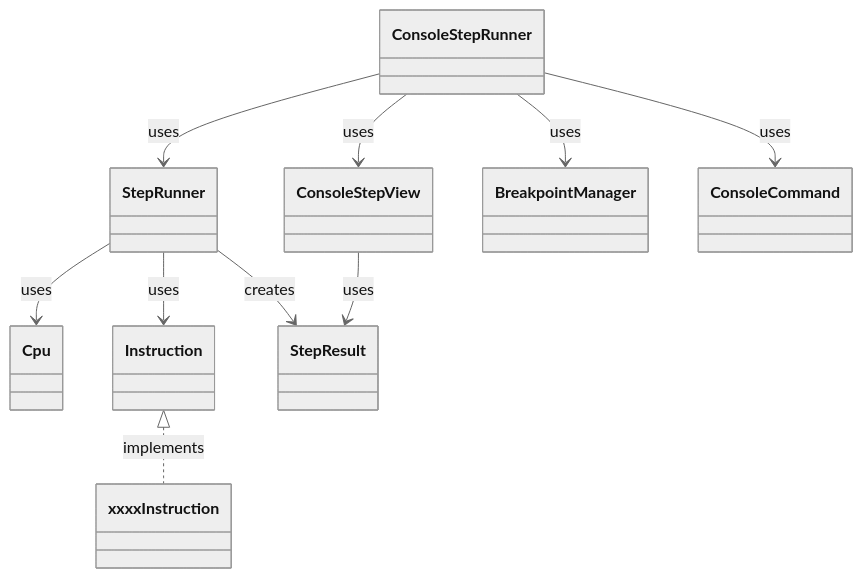
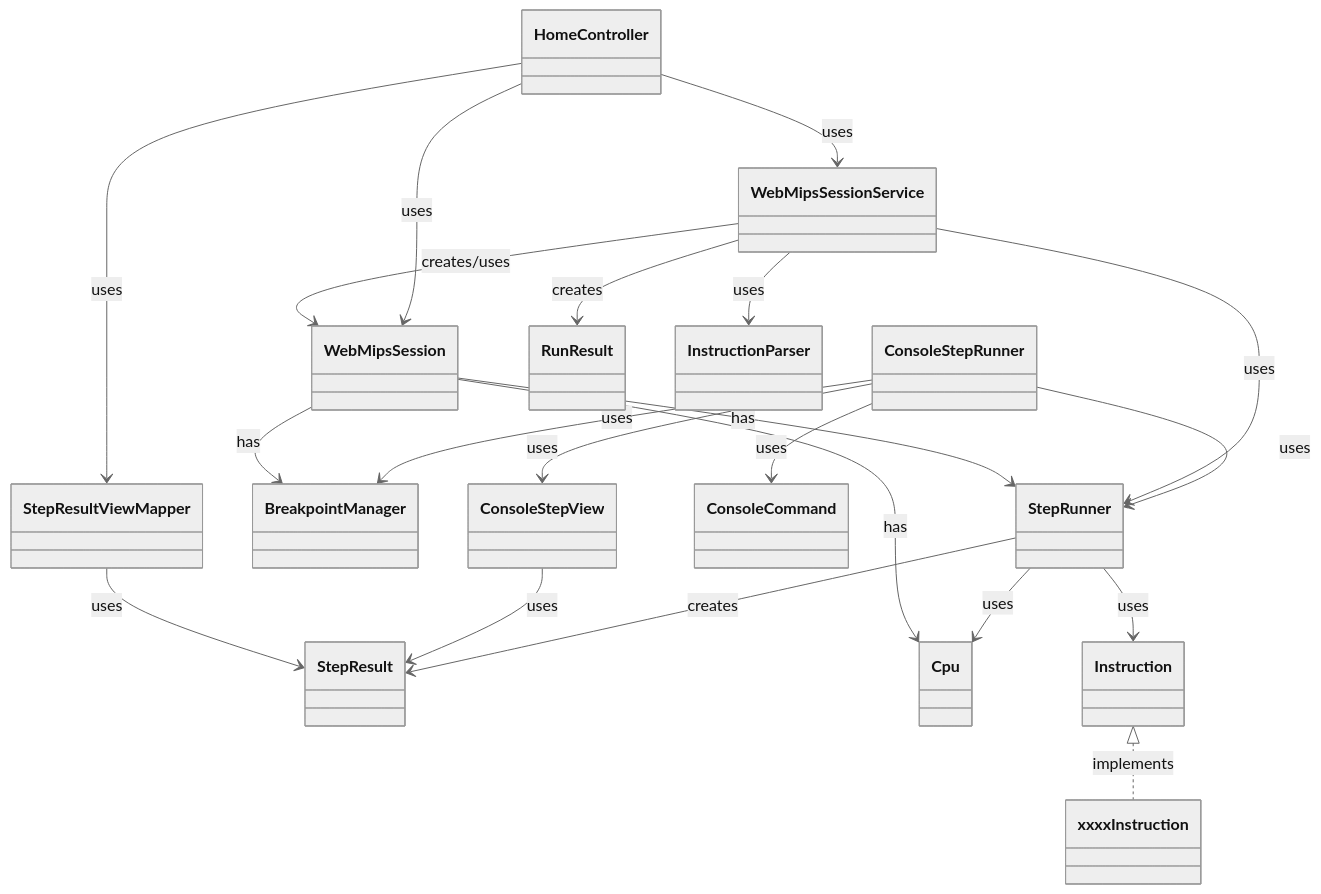
The first of 3 diagrams in README.md (mkunori/MipsStepLab), drawn with Mermaid (neutral theme) before and after one commit. The commit also changed other lines of this file, not shown here.

````diff
--- a/README.md
+++ b/README.md
@@ -140,27 +220,49 @@
 ```mermaid
 classDiagram
 
 class StepRunner
 class StepResult
 class BreakpointManager
 
 class ConsoleStepRunner
 class ConsoleStepView
 class ConsoleCommand
 
+class WebMipsSession
+class WebMipsSessionService
+class StepResultViewMapper
+class HomeController
+class RunResult
+
 class Cpu
 class Instruction
+class InstructionParser
 
 StepRunner --> Cpu : uses
 StepRunner --> Instruction : uses
 StepRunner --> StepResult : creates
 
 ConsoleStepRunner --> StepRunner : uses
 ConsoleStepRunner --> ConsoleStepView : uses
 ConsoleStepRunner --> BreakpointManager : uses
 ConsoleStepRunner --> ConsoleCommand : uses
 
 ConsoleStepView --> StepResult : uses
 
+HomeController --> WebMipsSessionService : uses
+HomeController --> StepResultViewMapper : uses
+HomeController --> WebMipsSession : uses
+
+WebMipsSessionService --> WebMipsSession : creates/uses
+WebMipsSessionService --> InstructionParser : uses
+WebMipsSessionService --> RunResult : creates
+WebMipsSessionService --> StepRunner : uses
+
+WebMipsSession --> Cpu : has
+WebMipsSession --> StepRunner : has
+WebMipsSession --> BreakpointManager : has
+
+StepResultViewMapper --> StepResult : uses
+
 Instruction <|.. xxxxInstruction : implements
 ```
````
